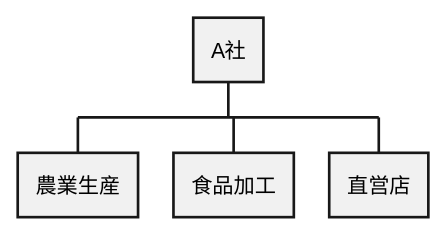
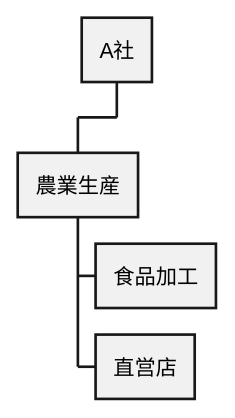
Before and after one commit to k2works/case-sutudy-business-analysis: the first of 16 diagrams in docs/case/r04_case_1.adoc, drawn with PlantUML. The commit also changed other lines of this file and 3 other files, not shown here.

```diff
--- a/docs/case/r04_case_1.adoc
+++ b/docs/case/r04_case_1.adoc
@@ -48,11 +48,11 @@
 [plantuml]
 ----
 @startwbs
 
 * A社
 ** 農業生産
-** 食品加工
-** 直営店
+*** 食品加工
+*** 直営店
 
 @endwbs
 ----
```
